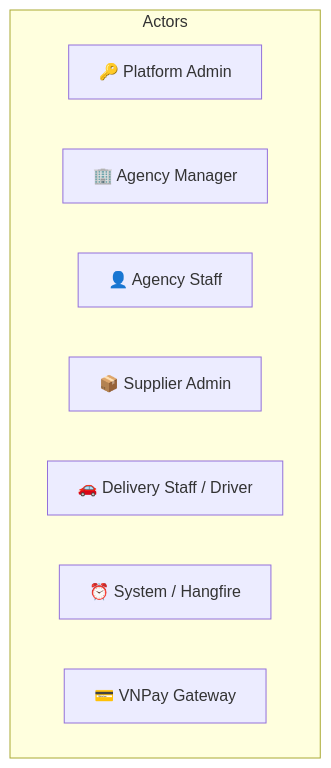
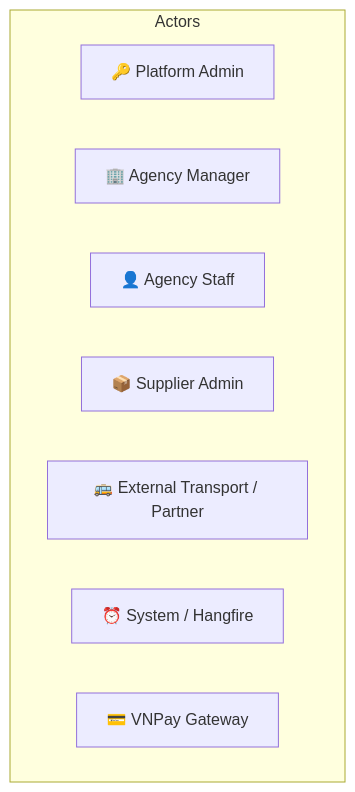
One commit to thanh-16/B2B_Tour changed the first of 13 diagrams in docs/use_case_diagram.md. Above: the diagram before and after it, drawn with Mermaid. The commit also changed other lines of this file and 1 other file, not shown here.

Commit message:
update: loai bo driver va tich hop doi tac van chuyen ben ngoai

````diff
--- a/docs/use_case_diagram.md
+++ b/docs/use_case_diagram.md
@@ -9,12 +9,12 @@
 ```mermaid
 graph TB
     subgraph Actors
         PA["🔑 Platform Admin"]
         AM["🏢 Agency Manager"]
         AS["👤 Agency Staff"]
         SA["📦 Supplier Admin"]
-        DS["🚗 Delivery Staff / Driver"]
+        EXT["🚌 External Transport / Partner"]
         SYS["⏰ System / Hangfire"]
         VNPAY["💳 VNPay Gateway"]
     end
 ```
````
